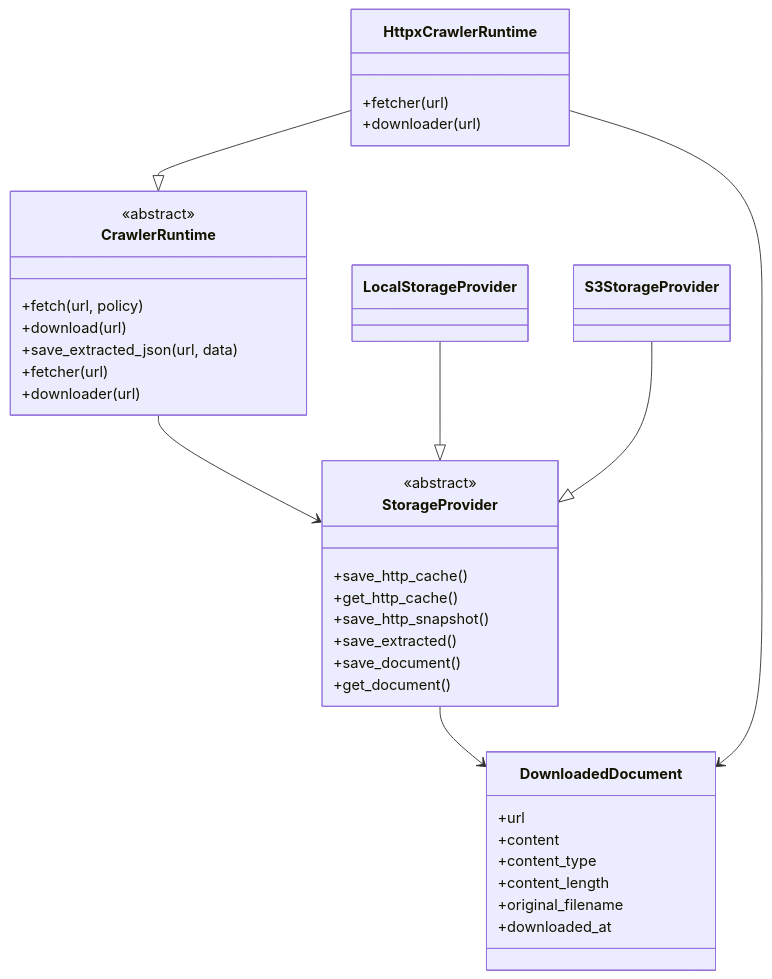
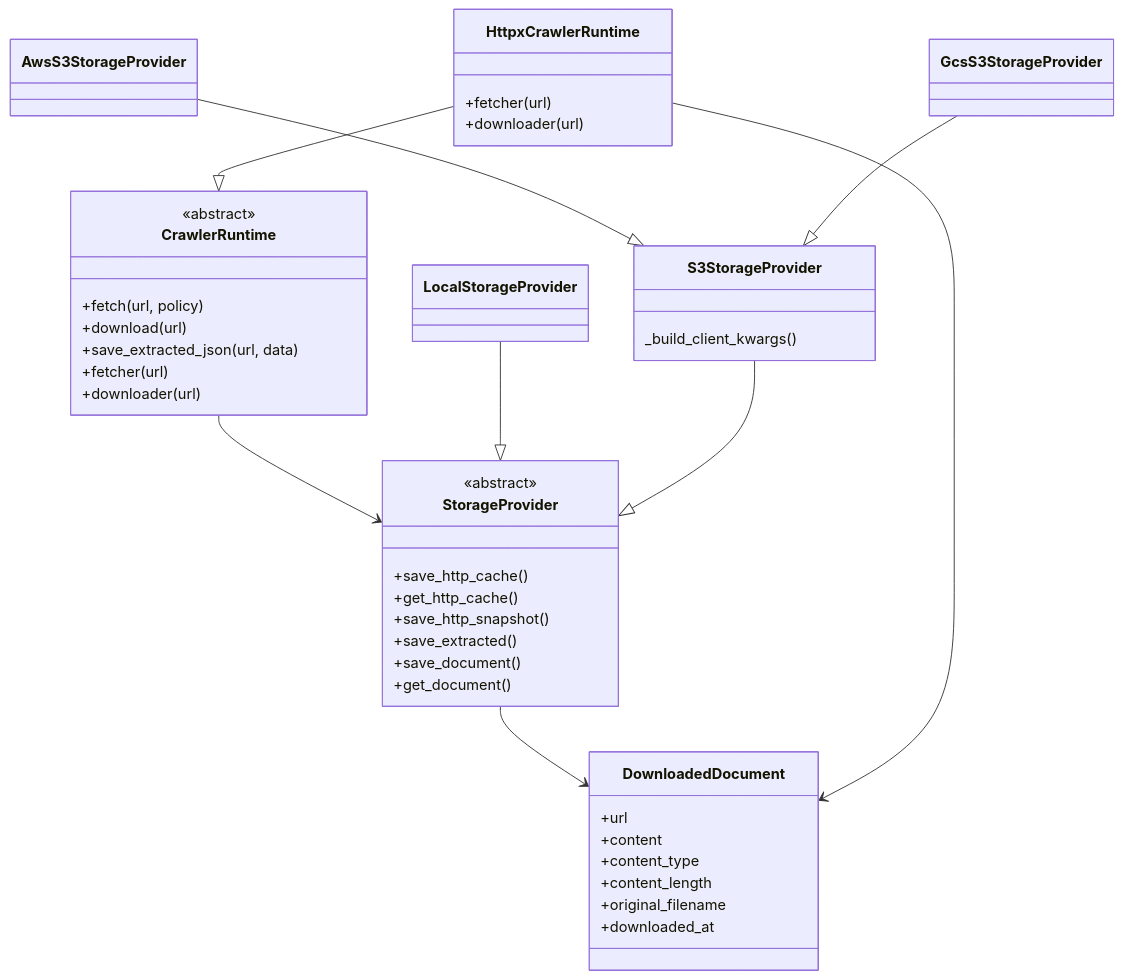
The diagram in docs/design/runtime_design.md (fletort/ranking), drawn with Mermaid before and after one commit. The commit also changed other lines of this file and 6 other files, not shown here.

````diff
--- a/docs/design/runtime_design.md
+++ b/docs/design/runtime_design.md
@@ -27,48 +27,56 @@
 ```mermaid
 classDiagram
+
+    class HttpxCrawlerRuntime {
+        +fetcher(url)
+        +downloader(url)
+    }
 
     class CrawlerRuntime {
         <<abstract>>
         +fetch(url, policy)
         +download(url)
         +save_extracted_json(url, data)
         +fetcher(url)
         +downloader(url)
     }
 
-    class HttpxCrawlerRuntime {
-        +fetcher(url)
-        +downloader(url)
+    class AwsS3StorageProvider
+    class GcsS3StorageProvider
+
+    class LocalStorageProvider
+
+    class S3StorageProvider {
+        _build_client_kwargs()
     }
 
     class StorageProvider {
         <<abstract>>
         +save_http_cache()
         +get_http_cache()
         +save_http_snapshot()
         +save_extracted()
         +save_document()
         +get_document()
     }
-
-    class LocalStorageProvider
-    class S3StorageProvider
 
     class DownloadedDocument {
         +url
         +content
         +content_type
         +content_length
         +original_filename
         +downloaded_at
     }
 
     CrawlerRuntime --> StorageProvider
     HttpxCrawlerRuntime --|> CrawlerRuntime
 
     LocalStorageProvider --|> StorageProvider
     S3StorageProvider --|> StorageProvider
+    AwsS3StorageProvider --|> S3StorageProvider
+    GcsS3StorageProvider --|> S3StorageProvider
 
     StorageProvider --> DownloadedDocument
     HttpxCrawlerRuntime --> DownloadedDocument
 ```
````
